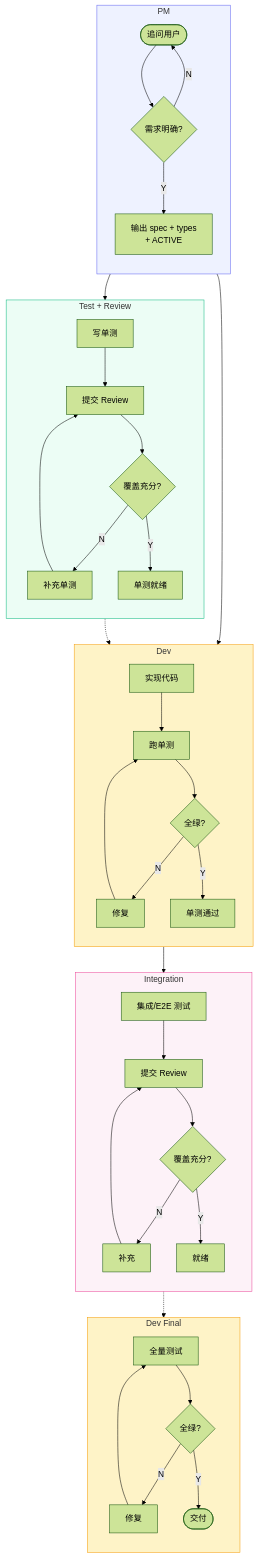
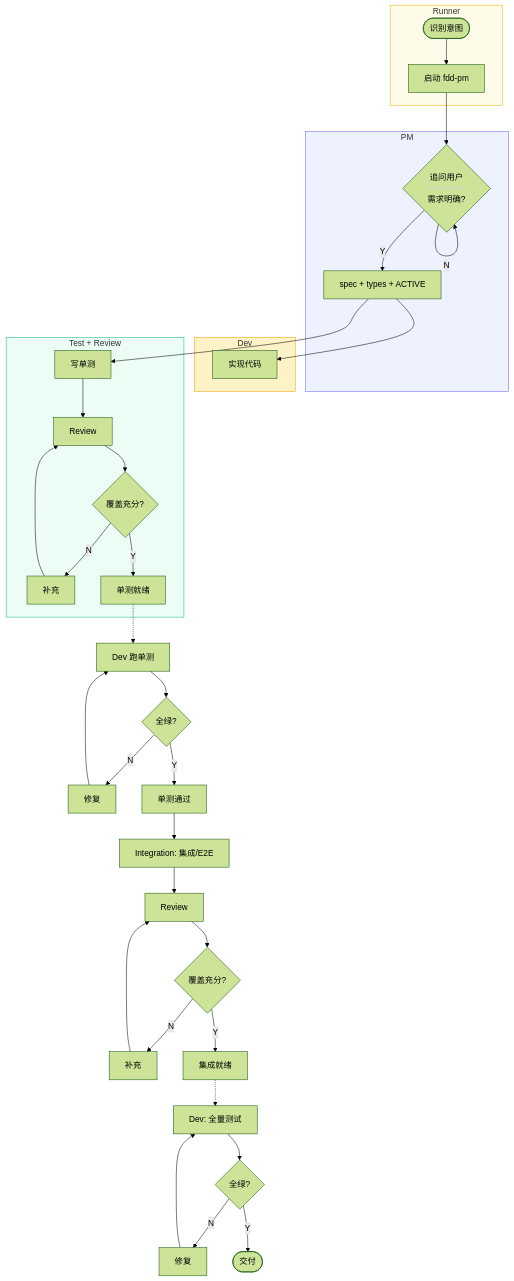
One commit to 0xlxx/skills changed the first of 2 diagrams in README.md. Above: the diagram before and after it, drawn with Mermaid (forest theme). The commit also changed other lines of this file, not shown here.

Commit message:
README: add fdd-runner orchestrator, update agent table to 8, add Runner subgraphs to mermaid

````diff
--- a/README.md
+++ b/README.md
@@ -11,56 +11,49 @@
 ```mermaid
 flowchart TB
-    subgraph PM ["PM"]
-        direction TB
-        A([追问用户]) --> B{需求明确?}
-        B -->|N| A
-        B -->|Y| C[输出 spec + types<br/>+ ACTIVE]
+    subgraph RN [Runner]
+        A([识别意图]) --> B[启动 fdd-pm]
     end
 
-    subgraph DEV ["Dev"]
-        direction TB
-        D[实现代码] --> K[跑单测]
-        K --> L{全绿?}
-        L -->|N| M[修复]
-        M --> K
-        L -->|Y| N[单测通过]
+    subgraph PM [PM]
+        B --> C{追问用户<hr/>需求明确?}
+        C -->|N| C
+        C -->|Y| D[spec + types + ACTIVE]
     end
 
-    subgraph TR ["Test + Review"]
-        direction TB
-        E[写单测] --> F[提交 Review]
-        F --> G{覆盖充分?}
-        G -->|N| H[补充单测]
-        H --> F
-        G -->|Y| J[单测就绪]
+    subgraph DEV [Dev]
+        D --> E[实现代码]
     end
 
-    subgraph IN ["Integration"]
-        direction TB
-        O[集成/E2E 测试] --> P[提交 Review]
-        P --> Q{覆盖充分?}
-        Q -->|N| R[补充]
-        R --> P
-        Q -->|Y| S[就绪]
+    subgraph TR [Test + Review]
+        D --> F[写单测]
+        F --> G[Review]
+        G --> H{覆盖充分?}
+        H -->|N| I[补充]
+        I --> G
+        H -->|Y| J[单测就绪]
     end
 
-    subgraph DV ["Dev Final"]
-        direction TB
-        U[全量测试] --> V{全绿?}
-        V -->|N| W[修复]
-        W --> U
-        V -->|Y| X([交付])
-    end
+    J -.-> K[Dev 跑单测]
+    K --> L{全绿?}
+    L -->|N| M[修复]
+    M --> K
+    L -->|Y| N[单测通过]
 
-    C --> D
-    C --> E
-    J -.-> K
-    N --> O
-    S -.-> U
+    N --> O[Integration: 集成/E2E]
+    O --> P[Review]
+    P --> Q{覆盖充分?}
+    Q -->|N| R[补充]
+    R --> P
+    Q -->|Y| S[集成就绪]
 
+    S -.-> T[Dev: 全量测试]
+    T --> U{全绿?}
+    U -->|N| V[修复]
+    V --> T
+    U -->|Y| W([交付])
+
+    style RN fill:#fefce8,stroke:#eab308
     style PM fill:#eef2ff,stroke:#6366f1
     style DEV fill:#fef3c7,stroke:#f59e0b
     style TR fill:#ecfdf5,stroke:#10b981
-    style IN fill:#fdf2f8,stroke:#ec4899
-    style DV fill:#fef3c7,stroke:#f59e0b
 ```
````
